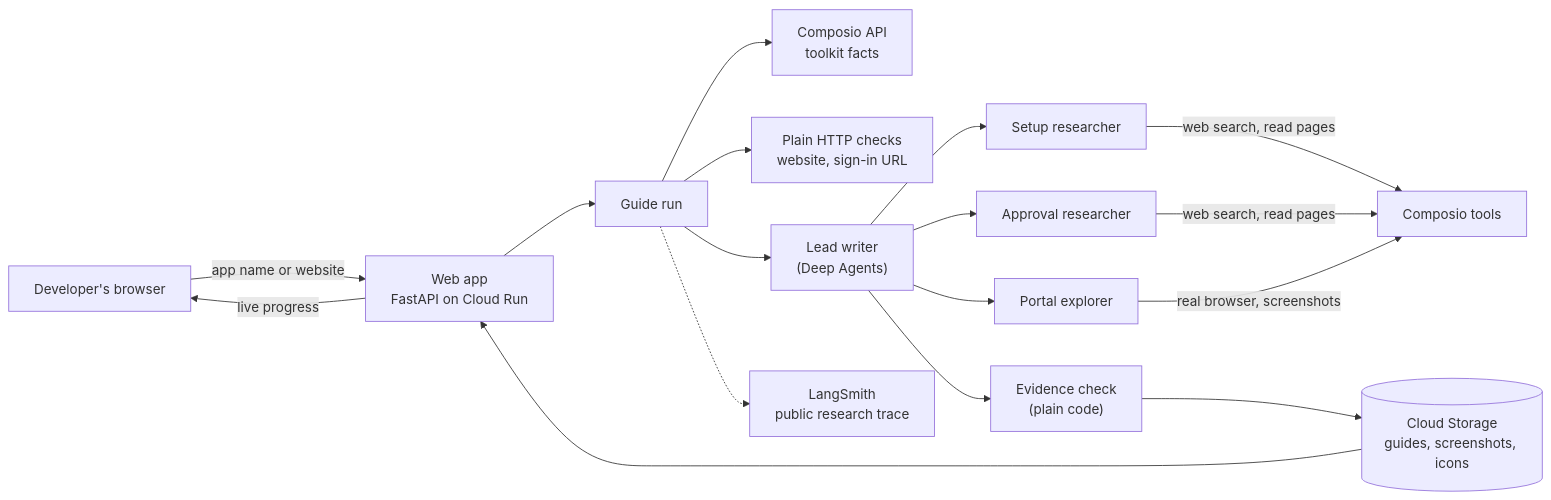
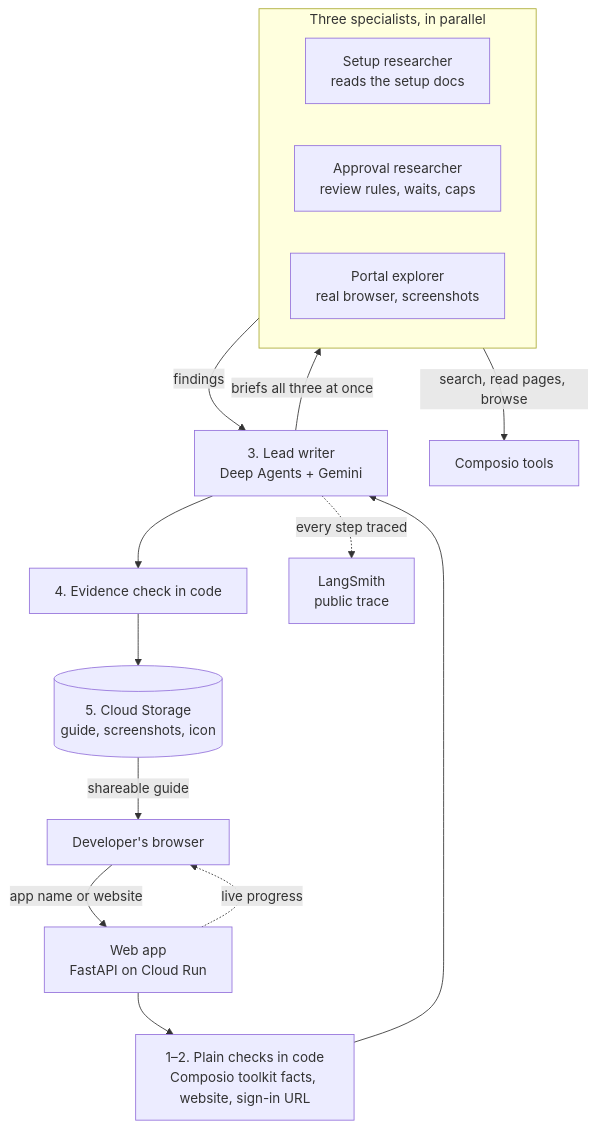
One commit to aravindsriraj/oauth-app-guides changed the diagram in README.md. Above: the diagram before and after it, drawn with Mermaid.

Commit message:
README: clearer top-down architecture diagram

````diff
--- a/README.md
+++ b/README.md
@@ -27,18 +27,19 @@
 ```mermaid
-flowchart LR
-    U["Developer's browser"] -- "app name or website" --> W["Web app<br/>FastAPI on Cloud Run"]
-    W -- "live progress" --> U
-    W --> R["Guide run"]
-    R --> F["Composio API<br/>toolkit facts"]
-    R --> H["Plain HTTP checks<br/>website, sign-in URL"]
-    R --> L["Lead writer<br/>(Deep Agents)"]
-    L --> S1["Setup researcher"]
-    L --> S2["Approval researcher"]
-    L --> S3["Portal explorer"]
-    S1 & S2 -- "web search, read pages" --> T["Composio tools"]
-    S3 -- "real browser, screenshots" --> T
-    L --> E["Evidence check<br/>(plain code)"]
-    E --> B[("Cloud Storage<br/>guides, screenshots, icons")]
-    B --> W
-    R -.-> LS["LangSmith<br/>public research trace"]
+flowchart TD
+    U["Developer's browser"] -->|"app name or website"| W["Web app<br/>FastAPI on Cloud Run"]
+    W --> C["1–2. Plain checks in code<br/>Composio toolkit facts, website, sign-in URL"]
+    C --> L["3. Lead writer<br/>Deep Agents + Gemini"]
+    L -->|"briefs all three at once"| team
+    subgraph team ["Three specialists, in parallel"]
+        S1["Setup researcher<br/>reads the setup docs"]
+        S2["Approval researcher<br/>review rules, waits, caps"]
+        S3["Portal explorer<br/>real browser, screenshots"]
+    end
+    team -->|"search, read pages, browse"| T["Composio tools"]
+    team -->|"findings"| L
+    L --> E["4. Evidence check in code"]
+    E --> B[("5. Cloud Storage<br/>guide, screenshots, icon")]
+    B -->|"shareable guide"| U
+    W -.->|"live progress"| U
+    L -.->|"every step traced"| LS["LangSmith<br/>public trace"]
 ```
````
